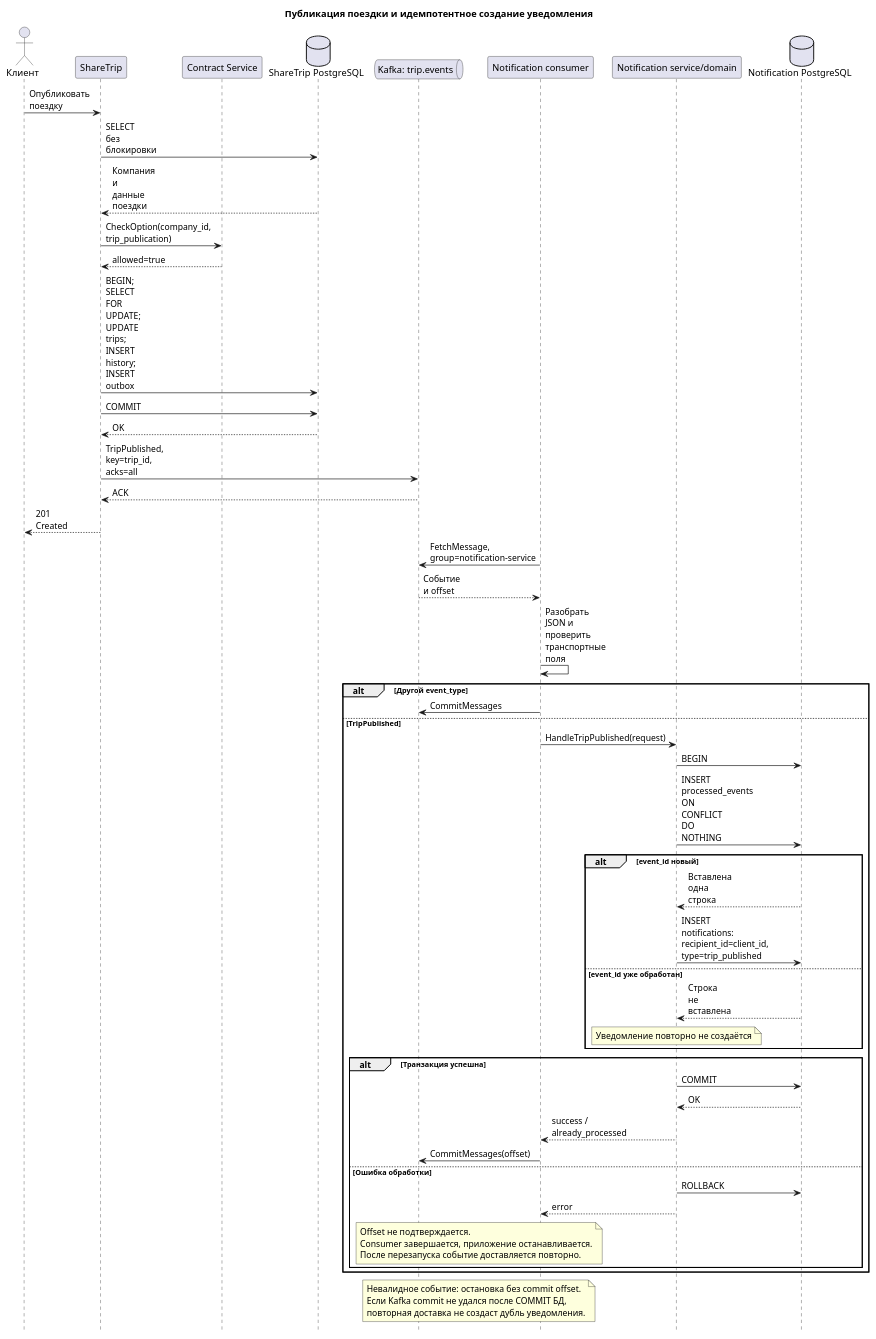
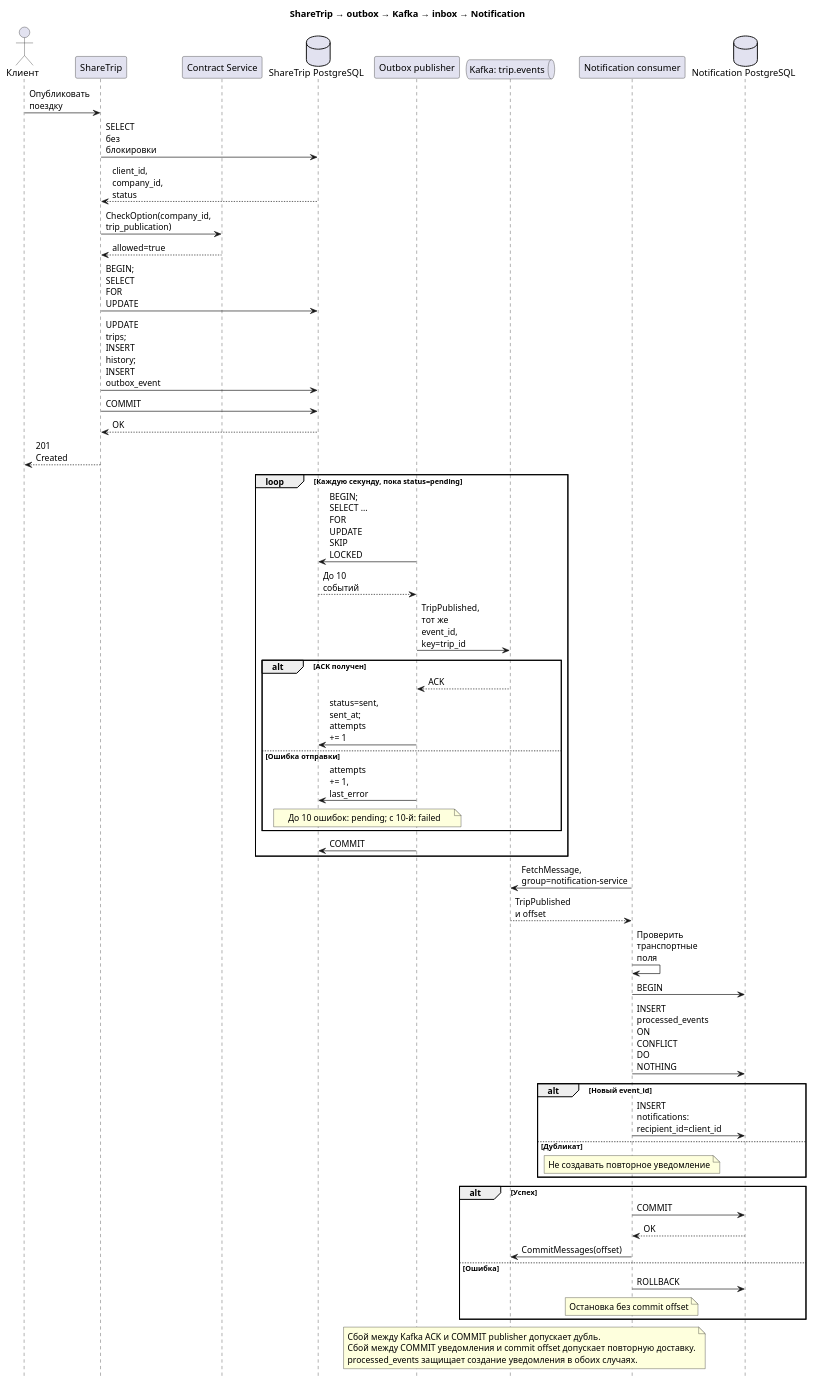
Before and after one commit to ibobrov/share-trip-notification: the diagram in docs/diagrams/publish-trip-notification.puml, drawn with PlantUML. The commit also changed 1 other file, not shown here.

Commit message:
Outbox Inbox Transaction: обновил только диаграмму, код уже реализован был в рамках прошлого задания

```diff
--- a/docs/diagrams/publish-trip-notification.puml
+++ b/docs/diagrams/publish-trip-notification.puml
@@ -1,63 +1,62 @@
 @startuml
-title Публикация поездки и идемпотентное создание уведомления
+title ShareTrip → outbox → Kafka → inbox → Notification
 hide footbox
-skinparam shadowing false
-skinparam maxMessageSize 60
+skinparam maxMessageSize 65
 actor Клиент as client
 participant ShareTrip as trip
 participant "Contract Service" as contract
 database "ShareTrip PostgreSQL" as tripsDB
+participant "Outbox publisher" as publisher
 queue "Kafka: trip.events" as kafka
 participant "Notification consumer" as consumer
-participant "Notification service/domain" as notification
 database "Notification PostgreSQL" as notificationsDB
 
 client -> trip: Опубликовать поездку
 trip -> tripsDB: SELECT без блокировки
-tripsDB --> trip: Компания и данные поездки
+tripsDB --> trip: client_id, company_id, status
 trip -> contract: CheckOption(company_id, trip_publication)
 contract --> trip: allowed=true
-trip -> tripsDB: BEGIN; SELECT FOR UPDATE; UPDATE trips; INSERT history; INSERT outbox
+trip -> tripsDB: BEGIN; SELECT FOR UPDATE
+trip -> tripsDB: UPDATE trips; INSERT history; INSERT outbox_event
 trip -> tripsDB: COMMIT
 tripsDB --> trip: OK
-trip -> kafka: TripPublished, key=trip_id, acks=all
-kafka --> trip: ACK
 trip --> client: 201 Created
 
+loop Каждую секунду, пока status=pending
+  publisher -> tripsDB: BEGIN; SELECT ... FOR UPDATE SKIP LOCKED
+  tripsDB --> publisher: До 10 событий
+  publisher -> kafka: TripPublished, тот же event_id, key=trip_id
+  alt ACK получен
+    kafka --> publisher: ACK
+    publisher -> tripsDB: status=sent, sent_at; attempts += 1
+  else Ошибка отправки
+    publisher -> tripsDB: attempts += 1, last_error
+    note over publisher, tripsDB: До 10 ошибок: pending; с 10-й: failed
+  end
+  publisher -> tripsDB: COMMIT
+end
+
 consumer -> kafka: FetchMessage, group=notification-service
-kafka --> consumer: Событие и offset
-consumer -> consumer: Разобрать JSON и проверить транспортные поля
-alt Другой event_type
-  consumer -> kafka: CommitMessages
-else TripPublished
-  consumer -> notification: HandleTripPublished(request)
-  notification -> notificationsDB: BEGIN
-  notification -> notificationsDB: INSERT processed_events ON CONFLICT DO NOTHING
-  alt event_id новый
-    notificationsDB --> notification: Вставлена одна строка
-    notification -> notificationsDB: INSERT notifications: recipient_id=client_id, type=trip_published
-  else event_id уже обработан
-    notificationsDB --> notification: Строка не вставлена
-    note over notification: Уведомление повторно не создаётся
-  end
-  alt Транзакция успешна
-    notification -> notificationsDB: COMMIT
-    notificationsDB --> notification: OK
-    notification --> consumer: success / already_processed
-    consumer -> kafka: CommitMessages(offset)
-  else Ошибка обработки
-    notification -> notificationsDB: ROLLBACK
-    notification --> consumer: error
-    note over consumer, kafka
-      Offset не подтверждается.
-      Consumer завершается, приложение останавливается.
-      После перезапуска событие доставляется повторно.
-    end note
-  end
+kafka --> consumer: TripPublished и offset
+consumer -> consumer: Проверить транспортные поля
+consumer -> notificationsDB: BEGIN
+consumer -> notificationsDB: INSERT processed_events ON CONFLICT DO NOTHING
+alt Новый event_id
+  consumer -> notificationsDB: INSERT notifications: recipient_id=client_id
+else Дубликат
+  note over consumer: Не создавать повторное уведомление
 end
-note over consumer, kafka
-  Невалидное событие: остановка без commit offset.
-  Если Kafka commit не удался после COMMIT БД,
-  повторная доставка не создаст дубль уведомления.
+alt Успех
+  consumer -> notificationsDB: COMMIT
+  notificationsDB --> consumer: OK
+  consumer -> kafka: CommitMessages(offset)
+else Ошибка
+  consumer -> notificationsDB: ROLLBACK
+  note over consumer: Остановка без commit offset
+end
+note over publisher, consumer
+  Сбой между Kafka ACK и COMMIT publisher допускает дубль.
+  Сбой между COMMIT уведомления и commit offset допускает повторную доставку.
+  processed_events защищает создание уведомления в обоих случаях.
 end note
 @enduml
```
